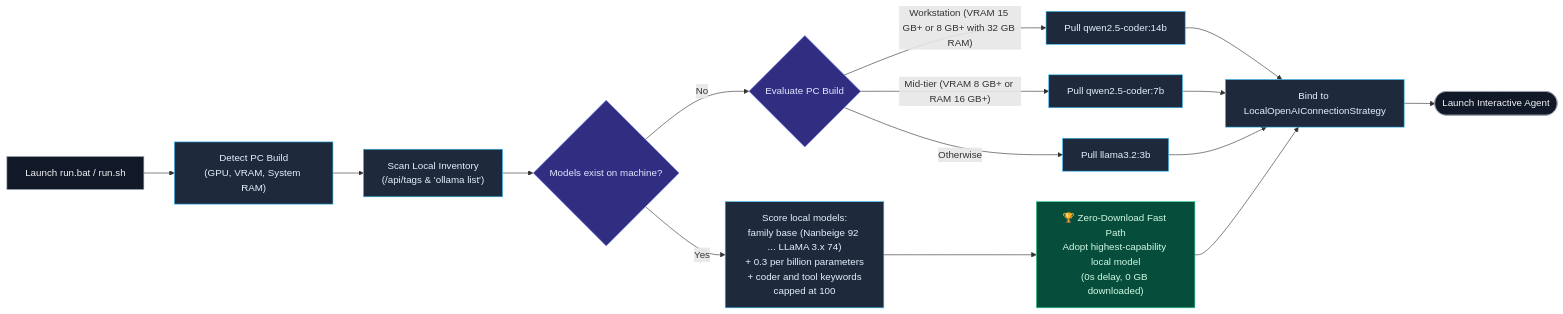
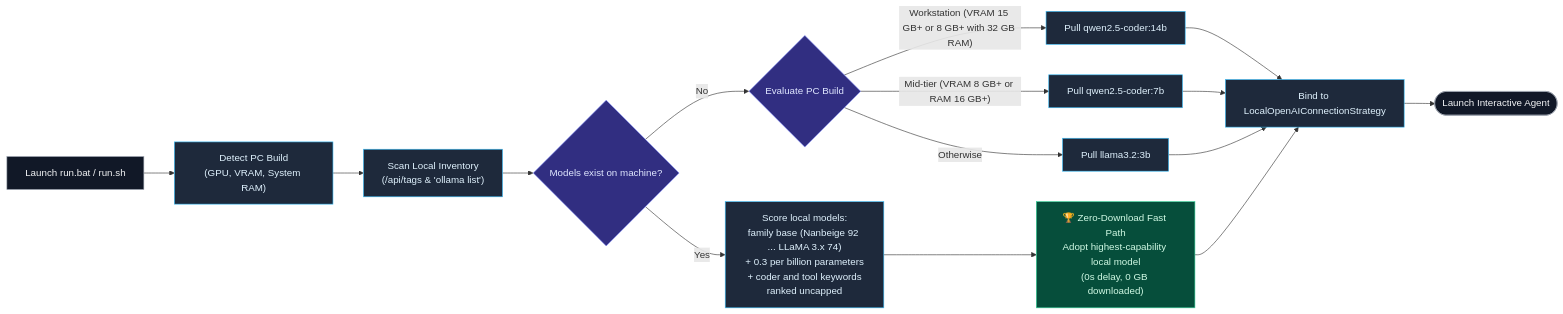
Before and after one commit to veeresh-bikkaneti/antigravity-local: the third of 4 diagrams in README.md, drawn with Mermaid. The commit also changed other lines of this file and 6 other files, not shown here.

````diff
--- a/README.md
+++ b/README.md
@@ -609,32 +609,32 @@
 ```mermaid
 flowchart LR
     Start["Launch run.bat / run.sh"] --> DetectHW["Detect PC Build<br/>(GPU, VRAM, System RAM)"]
     DetectHW --> ScanInventory["Scan Local Inventory<br/>(/api/tags & 'ollama list')"]
     
     ScanInventory --> AnyInstalled{"Models exist on machine?"}
     
-    AnyInstalled -- Yes --> ScoreInstalled["Score local models:<br/>family base (Nanbeige 92 ... LLaMA 3.x 74)<br/>+ 0.3 per billion parameters<br/>+ coder and tool keywords<br/>capped at 100"]
+    AnyInstalled -- Yes --> ScoreInstalled["Score local models:<br/>family base (Nanbeige 92 ... LLaMA 3.x 74)<br/>+ 0.3 per billion parameters<br/>+ coder and tool keywords<br/>ranked uncapped"]
     
     ScoreInstalled --> ZeroDownload["🏆 Zero-Download Fast Path<br/>Adopt highest-capability local model<br/>(0s delay, 0 GB downloaded)"]
     
     AnyInstalled -- No --> CheckTier{"Evaluate PC Build"}
     CheckTier -- Workstation (VRAM 15 GB+ or 8 GB+ with 32 GB RAM) --> PullWorkstation["Pull qwen2.5-coder:14b"]
     CheckTier -- Mid-tier (VRAM 8 GB+ or RAM 16 GB+) --> PullMid["Pull qwen2.5-coder:7b"]
     CheckTier -- Otherwise --> PullEntry["Pull llama3.2:3b"]
     
     PullWorkstation --> Bind["Bind to LocalOpenAIConnectionStrategy"]
     PullMid --> Bind
     PullEntry --> Bind
     ZeroDownload --> Bind
     Bind --> Ready(["Launch Interactive Agent"])
 
     classDef proc fill:#1e293b,stroke:#38bdf8,stroke-width:1px,color:#e0f2fe;
     classDef branch fill:#312e81,stroke:#818cf8,stroke-width:1px,color:#e0e7ff;
     classDef fast fill:#064e3b,stroke:#34d399,stroke-width:1px,color:#d1fae5;
     classDef start fill:#111827,stroke:#9ca3af,stroke-width:1px,color:#f3f4f6;
 
     class Start,Ready start;
     class DetectHW,ScanInventory,ScoreInstalled,PullWorkstation,PullMid,PullEntry,Bind proc;
     class AnyInstalled,CheckTier branch;
     class ZeroDownload fast;
 ```
````
